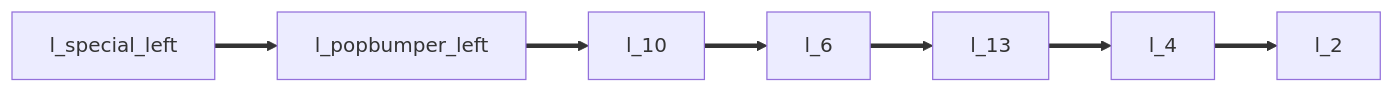
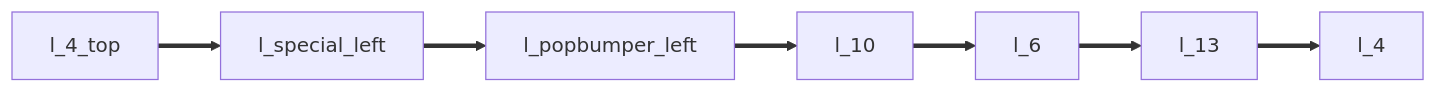
One commit to kevinclement/sureshot changed the second of 4 diagrams in lights-sequence.md. Above: the diagram before and after it, drawn with Mermaid. The commit also changed other lines of this file, not shown here.

````diff
--- a/lights-sequence.md
+++ b/lights-sequence.md
@@ -16,4 +16,4 @@
 ```mermaid
     flowchart LR
-        H["l_special_left"] ==> I["l_popbumper_left"] ==> J["l_10"] ==> K["l_6"] ==> L["l_13"] ==> M["l_4"] ==> N["l_2"] 
+        G["l_4_top"] ==> H["l_special_left"] ==> I["l_popbumper_left"] ==> J["l_10"] ==> K["l_6"] ==> L["l_13"] ==> M["l_4"]
 ```
````
